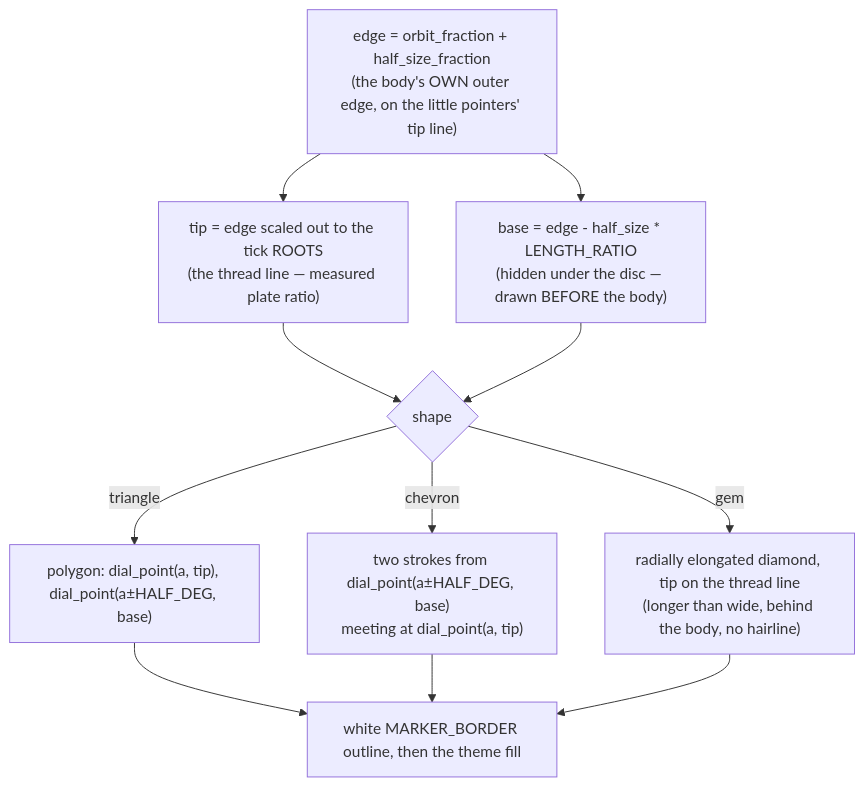
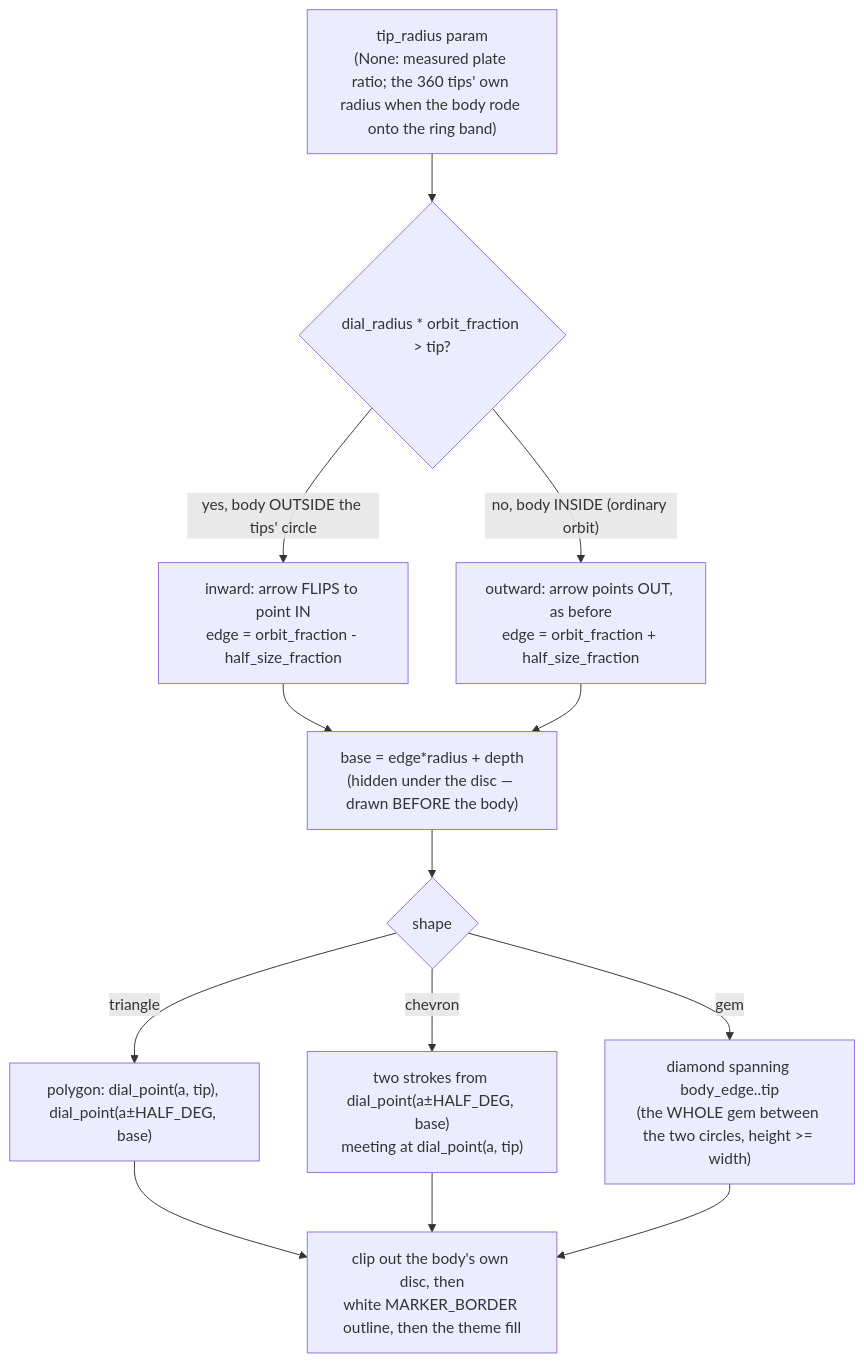
One commit to UVuruna/Watch-Academy changed the diagram in render/__flow/marker_marks.md. Above: the diagram before and after it, drawn with Mermaid. The commit also changed other lines of this file and 20 other files, not shown here.

First line of the commit message:
0.14.925 The owner's own eclipse, the seat tick, the whole diamond and the flipped arrow

````diff
--- a/render/__flow/marker_marks.md
+++ b/render/__flow/marker_marks.md
@@ -7,13 +7,15 @@
 ```mermaid
 flowchart TD
-    A["edge = orbit_fraction + half_size_fraction\n(the body's OWN outer edge, on the little pointers' tip line)"] --> B["tip = edge scaled out to the tick ROOTS\n(the thread line — measured plate ratio)"]
-    A --> C["base = edge - half_size * LENGTH_RATIO\n(hidden under the disc — drawn BEFORE the body)"]
-    B --> D{shape}
-    C --> D
+    T["tip_radius param\n(None: measured plate ratio; the 360 tips' own radius when the body rode onto the ring band)"] --> N{"dial_radius * orbit_fraction > tip?"}
+    N -- yes, body OUTSIDE the tips' circle --> INW["inward: arrow FLIPS to point IN\nedge = orbit_fraction - half_size_fraction"]
+    N -- no, body INSIDE (ordinary orbit) --> OUTW["outward: arrow points OUT, as before\nedge = orbit_fraction + half_size_fraction"]
+    INW --> C["base = edge*radius + depth\n(hidden under the disc — drawn BEFORE the body)"]
+    OUTW --> C
+    C --> D{shape}
     D -- triangle --> E["polygon: dial_point#40;a, tip#41;, dial_point#40;a±HALF_DEG, base#41;"]
     D -- chevron --> F["two strokes from dial_point#40;a±HALF_DEG, base#41;\nmeeting at dial_point#40;a, tip#41;"]
-    D -- gem --> G["radially elongated diamond, tip on the thread line\n#40;longer than wide, behind the body, no hairline#41;"]
-    E --> H["white MARKER_BORDER outline, then the theme fill"]
+    D -- gem --> G["diamond spanning body_edge..tip\n#40;the WHOLE gem between the two circles, height >= width#41;"]
+    E --> H["clip out the body's own disc, then\nwhite MARKER_BORDER outline, then the theme fill"]
     F --> H
     G --> H
 ```
````
